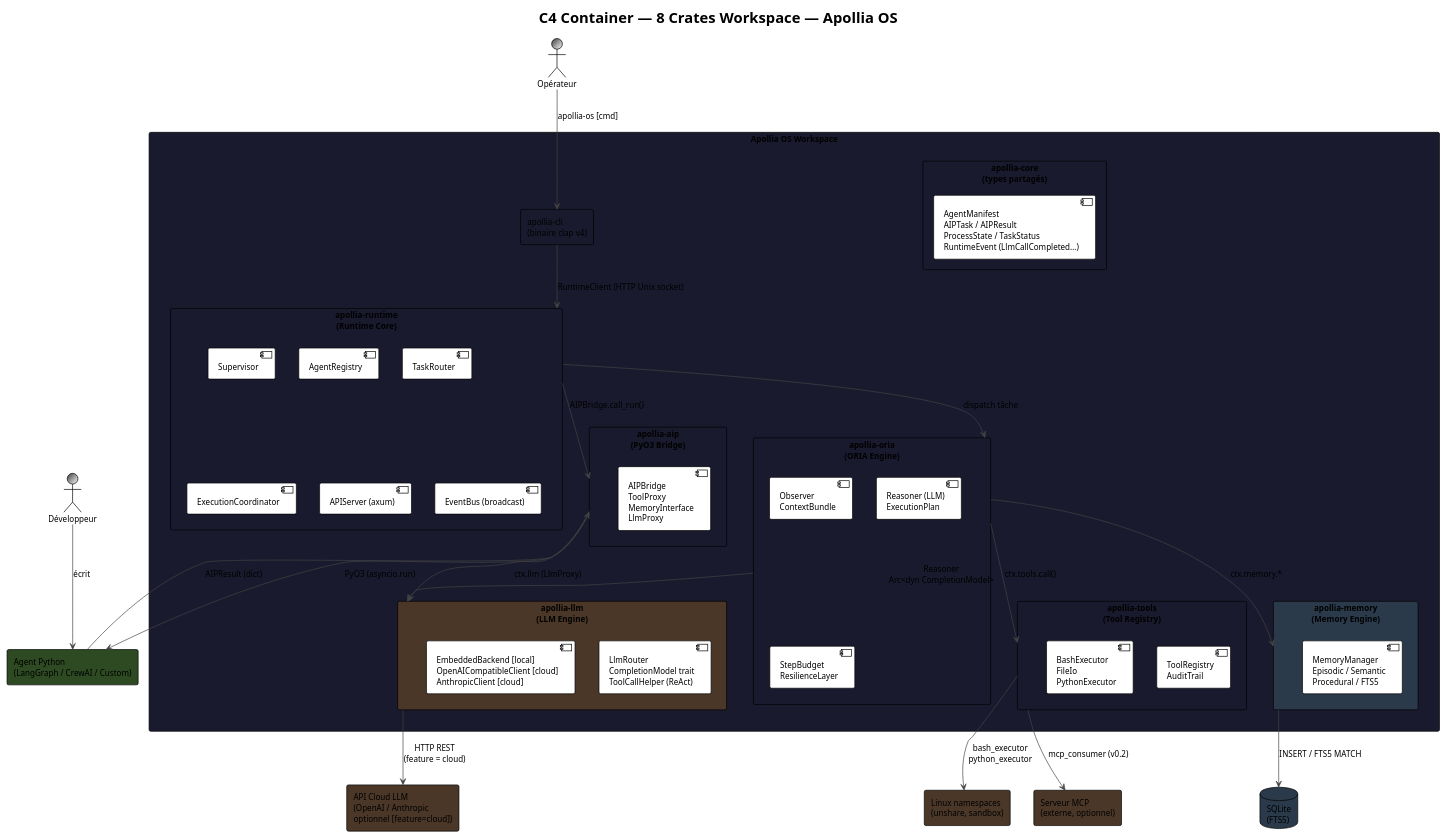
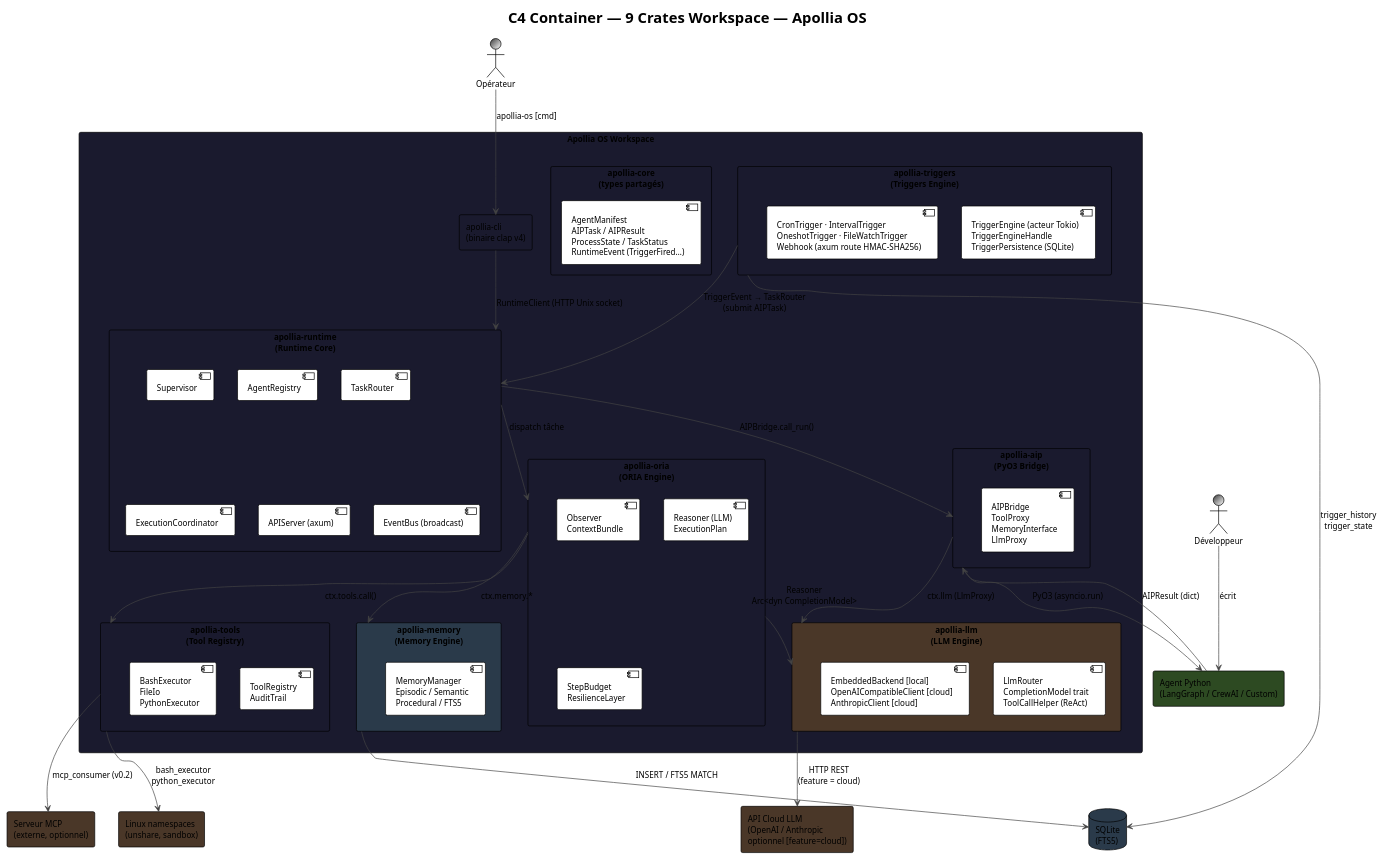
The diagram in docs/diagrams/c4-container-runtime.puml (nidal-z/apollia-os), drawn with PlantUML before and after one commit. The commit also changed 18 other files, not shown here.

First line of the commit message:
feat(triggers): introduce Triggers Engine and Dashboard Observability

```diff
--- a/docs/diagrams/c4-container-runtime.puml
+++ b/docs/diagrams/c4-container-runtime.puml
@@ -1,82 +1,89 @@
 @startuml c4-container-runtime
 !theme plain
 skinparam backgroundColor #FFFFFF
 skinparam defaultFontName "JetBrains Mono"
 skinparam defaultFontSize 12
 skinparam ArrowColor #444444
 skinparam BorderColor #444444
 
-title C4 Container — 8 Crates Workspace — Apollia OS
+title C4 Container — 9 Crates Workspace — Apollia OS
 
 actor "Opérateur" as ops #3a3a3a/white
 actor "Développeur" as dev #3a3a3a/white
 
 rectangle "Apollia OS Workspace" as workspace #1a1a2e {
 
   rectangle "apollia-cli\n(binaire clap v4)" as cli #1a1a2e
 
   rectangle "apollia-runtime\n(Runtime Core)" as runtime #1a1a2e {
     component "Supervisor" as sup
     component "AgentRegistry" as reg
     component "TaskRouter" as router
     component "ExecutionCoordinator" as coord
     component "APIServer (axum)" as api
     component "EventBus (broadcast)" as bus
   }
 
   rectangle "apollia-oria\n(ORIA Engine)" as oria #1a1a2e {
     component "Observer\nContextBundle" as obs
     component "Reasoner (LLM)\nExecutionPlan" as reasoner
     component "StepBudget\nResilienceLayer" as budget
   }
 
   rectangle "apollia-tools\n(Tool Registry)" as tools #1a1a2e {
     component "ToolRegistry\nAuditTrail" as reg2
     component "BashExecutor\nFileIo\nPythonExecutor" as native
   }
 
   rectangle "apollia-memory\n(Memory Engine)" as memory #2a3a4a {
     component "MemoryManager\nEpisodic / Semantic\nProcedural / FTS5" as mem
   }
 
   rectangle "apollia-aip\n(PyO3 Bridge)" as aip #1a1a2e {
     component "AIPBridge\nToolProxy\nMemoryInterface\nLlmProxy" as bridge
   }
 
   rectangle "apollia-llm\n(LLM Engine)" as llm #4a3728 {
     component "LlmRouter\nCompletionModel trait\nToolCallHelper (ReAct)" as llmrouter
     component "EmbeddedBackend [local]\nOpenAICompatibleClient [cloud]\nAnthropicClient [cloud]" as backends
   }
 
+  rectangle "apollia-triggers\n(Triggers Engine)" as triggers #1a1a2e {
+    component "TriggerEngine (acteur Tokio)\nTriggerEngineHandle\nTriggerPersistence (SQLite)" as trigengine
+    component "CronTrigger · IntervalTrigger\nOneshotTrigger · FileWatchTrigger\nWebhook (axum route HMAC-SHA256)" as trigsources
+  }
+
   rectangle "apollia-core\n(types partagés)" as core #1a1a2e {
-    component "AgentManifest\nAIPTask / AIPResult\nProcessState / TaskStatus\nRuntimeEvent (LlmCallCompleted…)" as types
+    component "AgentManifest\nAIPTask / AIPResult\nProcessState / TaskStatus\nRuntimeEvent (TriggerFired…)" as types
   }
 }
 
 rectangle "Agent Python\n(LangGraph / CrewAI / Custom)" as agent #2d4a22
 
 database "SQLite\n(FTS5)" as sqlite #2a3a4a
 
 rectangle "Linux namespaces\n(unshare, sandbox)" as sandbox #4a3728
 
 rectangle "Serveur MCP\n(externe, optionnel)" as mcp #4a3728
 
 rectangle "API Cloud LLM\n(OpenAI / Anthropic\noptionnel [feature=cloud])" as cloudllm #4a3728
 
 ops --> cli : apollia-os [cmd]
 dev --> agent : écrit
 cli --> runtime : RuntimeClient (HTTP Unix socket)
 runtime --> oria : dispatch tâche
 oria --> tools : ctx.tools.call()
 oria --> memory : ctx.memory.*
 oria --> llm : Reasoner\nArc<dyn CompletionModel>
 runtime --> aip : AIPBridge.call_run()
 aip --> agent : PyO3 (asyncio.run)
 aip --> llm : ctx.llm (LlmProxy)
 agent --> aip : AIPResult (dict)
 tools --> sandbox : bash_executor\npython_executor
 tools --> mcp : mcp_consumer (v0.2)
 memory --> sqlite : INSERT / FTS5 MATCH
+triggers --> runtime : TriggerEvent → TaskRouter\n(submit AIPTask)
+triggers --> sqlite : trigger_history\ntrigger_state
 llm --> cloudllm : HTTP REST\n(feature = cloud)
 
 @enduml
```
